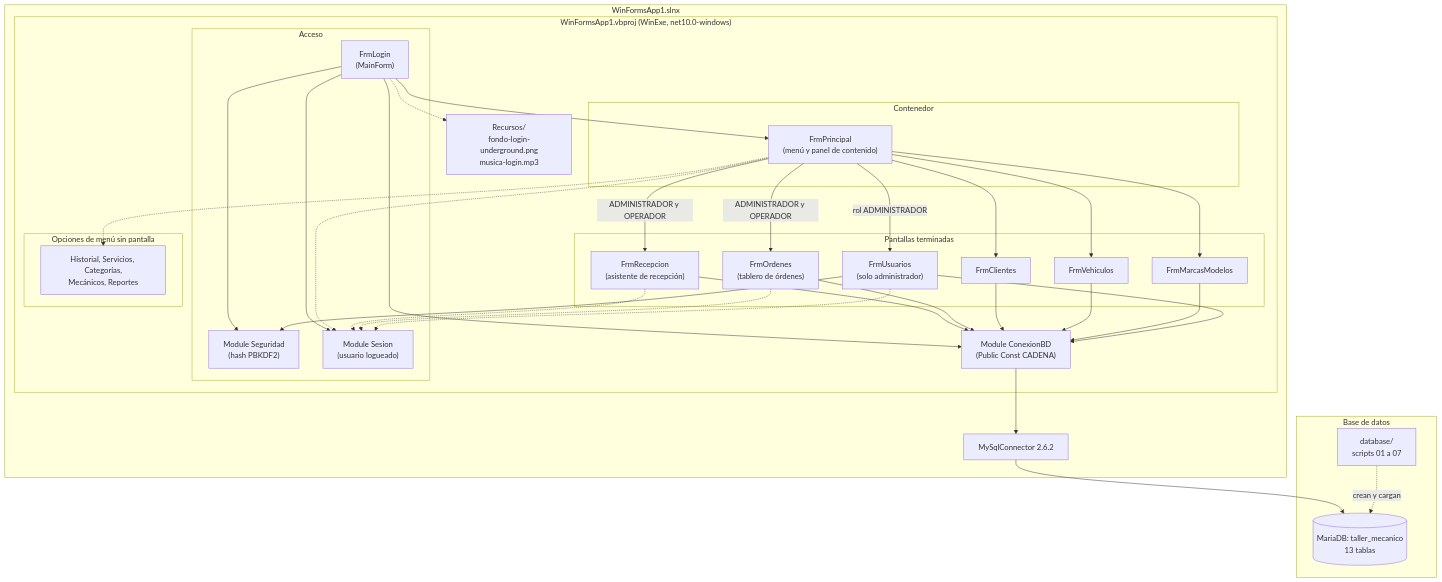
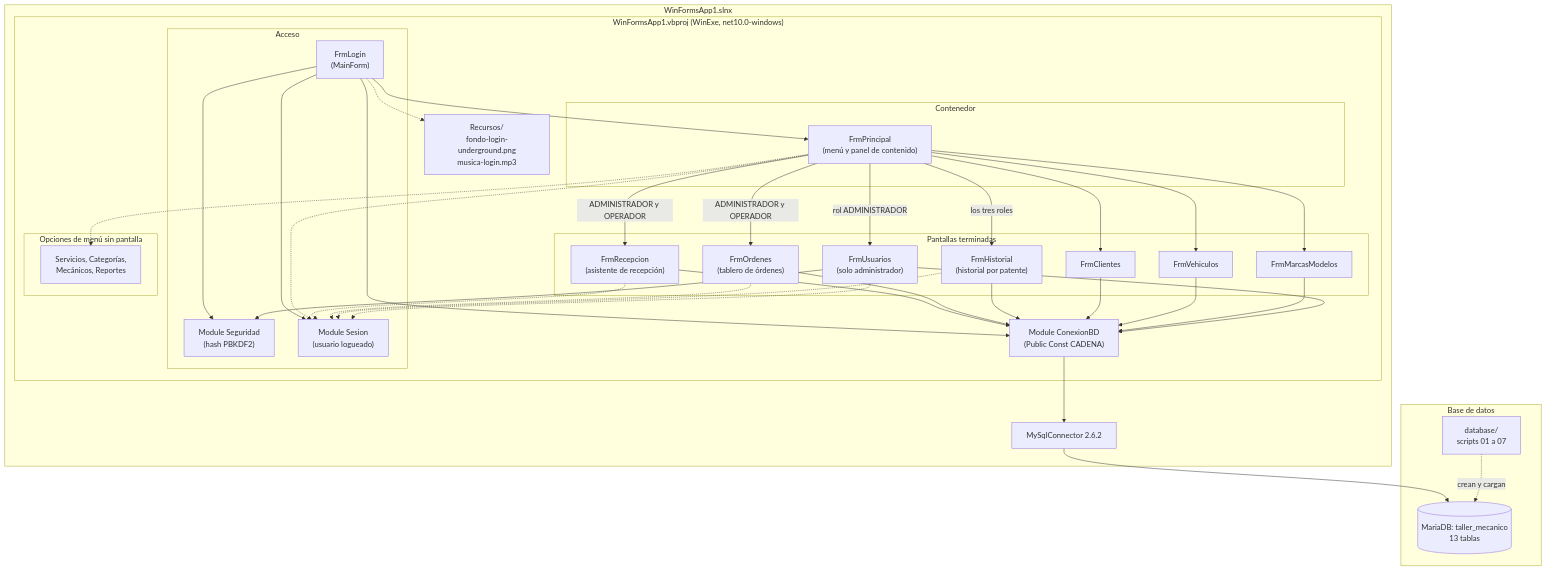
The first of 3 diagrams in doc/Docu.md (MedinaLucas1996/taller-mecanico), drawn with Mermaid before and after one commit. The commit also changed other lines of this file and 6 other files, not shown here.

````diff
--- a/doc/Docu.md
+++ b/doc/Docu.md
@@ -147,61 +154,65 @@
 ```mermaid
 graph TD
     subgraph Solucion["WinFormsApp1.slnx"]
         subgraph Proyecto["WinFormsApp1.vbproj (WinExe, net10.0-windows)"]
             subgraph Acceso["Acceso"]
                 Login["FrmLogin<br/>(MainForm)"]
                 Seguridad["Module Seguridad<br/>(hash PBKDF2)"]
                 Sesion["Module Sesion<br/>(usuario logueado)"]
             end
             subgraph Contenedor["Contenedor"]
                 Principal["FrmPrincipal<br/>(menú y panel de contenido)"]
             end
             subgraph Terminadas["Pantallas terminadas"]
                 Clientes["FrmClientes"]
                 Vehiculos["FrmVehiculos"]
                 Marcas["FrmMarcasModelos"]
                 Usuarios["FrmUsuarios<br/>(solo administrador)"]
                 Recepcion["FrmRecepcion<br/>(asistente de recepción)"]
                 Ordenes["FrmOrdenes<br/>(tablero de órdenes)"]
+                Historial["FrmHistorial<br/>(historial por patente)"]
             end
             subgraph Pendientes["Opciones de menú sin pantalla"]
-                Pend["Historial, Servicios, Categorías,<br/>Mecánicos, Reportes"]
+                Pend["Servicios, Categorías,<br/>Mecánicos, Reportes"]
             end
             Conexion["Module ConexionBD<br/>(Public Const CADENA)"]
             Recursos["Recursos/<br/>fondo-login-underground.png<br/>musica-login.mp3"]
         end
         Driver["MySqlConnector 2.6.2"]
     end
 
     subgraph Datos["Base de datos"]
         DB[("MariaDB: taller_mecanico<br/>13 tablas")]
         Scripts["database/<br/>scripts 01 a 07"]
     end
 
     Login --> Principal
     Login -.-> Recursos
     Login --> Seguridad
     Login --> Sesion
     Login --> Conexion
     Principal -.-> Sesion
     Principal --> Clientes
     Principal --> Vehiculos
     Principal --> Marcas
     Principal -->|"rol ADMINISTRADOR"| Usuarios
     Principal -->|"ADMINISTRADOR y OPERADOR"| Recepcion
     Principal -->|"ADMINISTRADOR y OPERADOR"| Ordenes
     Principal -.-> Pend
     Recepcion --> Conexion
     Recepcion -.-> Sesion
     Ordenes --> Conexion
     Ordenes -.-> Sesion
+    Principal -->|"los tres roles"| Historial
+    Historial --> Conexion
+    Historial -.-> Sesion
     Clientes --> Conexion
     Vehiculos --> Conexion
     Marcas --> Conexion
     Usuarios --> Conexion
     Usuarios --> Seguridad
     Usuarios -.-> Sesion
     Conexion --> Driver
     Driver --> DB
     Scripts -.->|"crean y cargan"| DB
 ```
````
